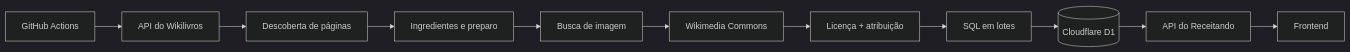
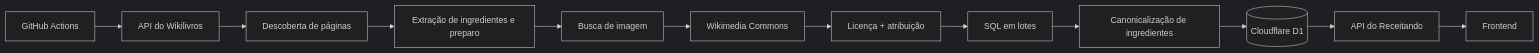
One commit to pitado/receitando changed the diagram in docs/catalogo.md. Above: the diagram before and after it, drawn with Mermaid (dark theme). The commit also changed other lines of this file, not shown here.

Commit message:
docs: documenta canonicalização e sanitização do catálogo

````diff
--- a/docs/catalogo.md
+++ b/docs/catalogo.md
@@ -16,13 +16,14 @@
 ```mermaid
 flowchart LR
     A[GitHub Actions] --> B[API do Wikilivros]
     B --> C[Descoberta de páginas]
-    C --> D[Ingredientes e preparo]
+    C --> D[Extração de ingredientes e preparo]
     D --> E[Busca de imagem]
     E --> F[Wikimedia Commons]
     F --> G[Licença + atribuição]
     G --> H[SQL em lotes]
-    H --> I[(Cloudflare D1)]
-    I --> J[API do Receitando]
-    J --> K[Frontend]
+    H --> I[Canonicalização de ingredientes]
+    I --> J[(Cloudflare D1)]
+    J --> K[API do Receitando]
+    K --> L[Frontend]
 ```
````
